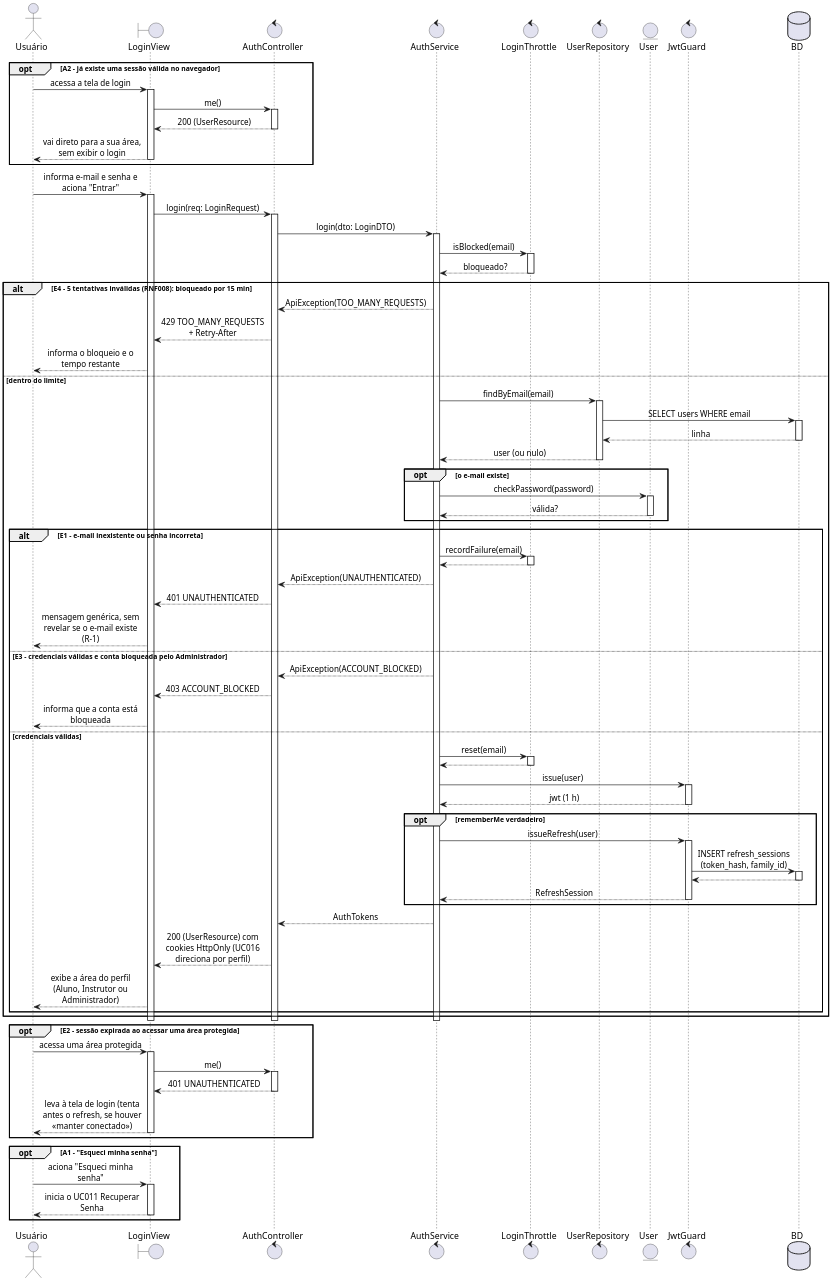
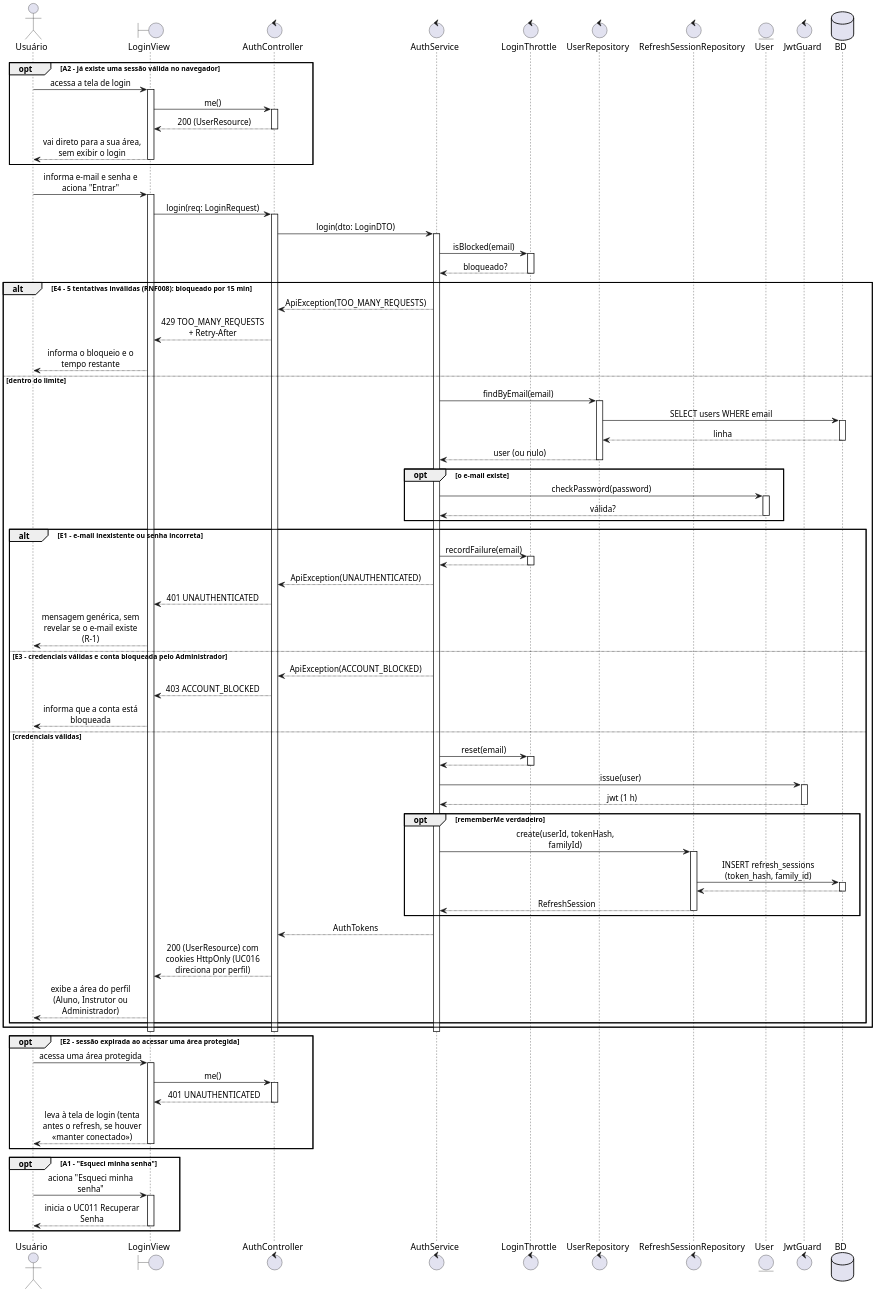
The diagram in scripts/drawio-seqgen/exemplos/14-sequencia-uc005.puml (Plataforma-de-Cursos-TCC/plataforma-cursos-docs), drawn with PlantUML before and after one commit. The commit also changed 2 other files, not shown here.

Commit message:
fix(sequencia-uc005): persist refresh session through its repository
The login sequence had JwtGuard inserting into refresh_sessions directly,
which skipped RefreshSessionRepository and broke the layering declared in
item 13. The AuthService now calls RefreshSessionRepository.create for the
"manter conectado" session, and JwtGuard only issues the JWT.

Regenerated with the current seqgen, so the layer icons follow the role
by name (boundary, control, entity, and interface for infrastructure).

```diff
--- a/scripts/drawio-seqgen/exemplos/14-sequencia-uc005.puml
+++ b/scripts/drawio-seqgen/exemplos/14-sequencia-uc005.puml
@@ -3,87 +3,88 @@
 @startuml 14-sequencia-uc005
 skinparam shadowing false
 skinparam dpi 192
 skinparam defaultFontName Arial
 skinparam sequenceMessageAlign center
 skinparam responseMessageBelowArrow true
 skinparam wrapMessageWidth 170
 skinparam BoxPadding 8
 
 actor "Usuário" as USU
 boundary LoginView as V
 control AuthController as C
 control AuthService as S
 control LoginThrottle as T
 control UserRepository as R
+control RefreshSessionRepository as RS
 entity User as U
 control JwtGuard as J
 database BD
 
 opt A2 - já existe uma sessão válida no navegador
   USU -> V ++ : acessa a tela de login
   V -> C ++ : me()
   C --> V -- : 200 (UserResource)
   V --> USU -- : vai direto para a sua área, sem exibir o login
 end
 
 USU -> V ++ : informa e-mail e senha e aciona "Entrar"
 V -> C ++ : login(req: LoginRequest)
 C -> S ++ : login(dto: LoginDTO)
 S -> T ++ : isBlocked(email)
 T --> S -- : bloqueado?
 
 alt E4 - 5 tentativas inválidas (RNF008): bloqueado por 15 min
   S --> C : ApiException(TOO_MANY_REQUESTS)
   C --> V : 429 TOO_MANY_REQUESTS + Retry-After
   V --> USU : informa o bloqueio e o tempo restante
 else dentro do limite
   S -> R ++ : findByEmail(email)
   R -> BD ++ : SELECT users WHERE email
   BD --> R -- : linha
   R --> S -- : user (ou nulo)
   opt o e-mail existe
     S -> U ++ : checkPassword(password)
     U --> S -- : válida?
   end
   alt E1 - e-mail inexistente ou senha incorreta
     S -> T ++ : recordFailure(email)
     T --> S --
     S --> C : ApiException(UNAUTHENTICATED)
     C --> V : 401 UNAUTHENTICATED
     V --> USU : mensagem genérica, sem revelar se o e-mail existe (R-1)
   else E3 - credenciais válidas e conta bloqueada pelo Administrador
     S --> C : ApiException(ACCOUNT_BLOCKED)
     C --> V : 403 ACCOUNT_BLOCKED
     V --> USU : informa que a conta está bloqueada
   else credenciais válidas
     S -> T ++ : reset(email)
     T --> S --
     S -> J ++ : issue(user)
     J --> S -- : jwt (1 h)
     opt rememberMe verdadeiro
-      S -> J ++ : issueRefresh(user)
-      J -> BD ++ : INSERT refresh_sessions (token_hash, family_id)
-      BD --> J --
-      J --> S -- : RefreshSession
+      S -> RS ++ : create(userId, tokenHash, familyId)
+      RS -> BD ++ : INSERT refresh_sessions (token_hash, family_id)
+      BD --> RS --
+      RS --> S -- : RefreshSession
     end
     S --> C : AuthTokens
     C --> V : 200 (UserResource) com cookies HttpOnly (UC016 direciona por perfil)
     V --> USU : exibe a área do perfil (Aluno, Instrutor ou Administrador)
   end
 end
 deactivate S
 deactivate C
 deactivate V
 
 opt E2 - sessão expirada ao acessar uma área protegida
   USU -> V ++ : acessa uma área protegida
   V -> C ++ : me()
   C --> V -- : 401 UNAUTHENTICATED
   V --> USU -- : leva à tela de login (tenta antes o refresh, se houver «manter conectado»)
 end
 
 opt A1 - "Esqueci minha senha"
   USU -> V ++ : aciona "Esqueci minha senha"
   V --> USU -- : inicia o UC011 Recuperar Senha
 end
 @enduml
```
